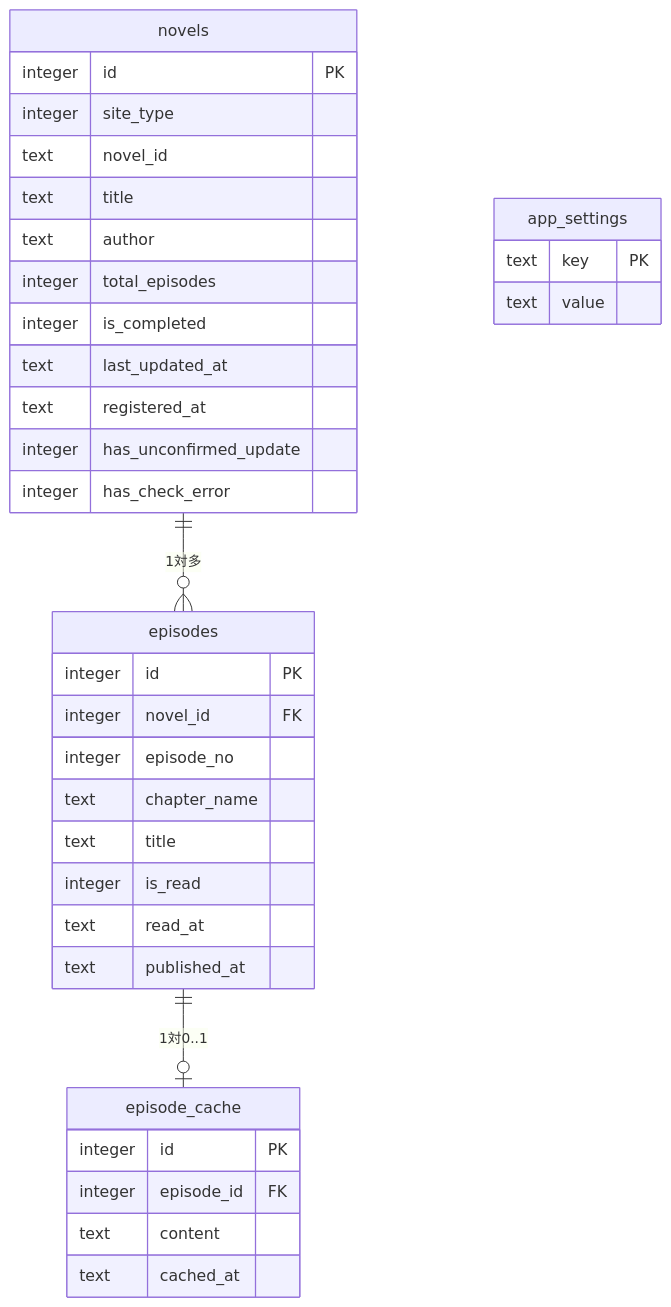
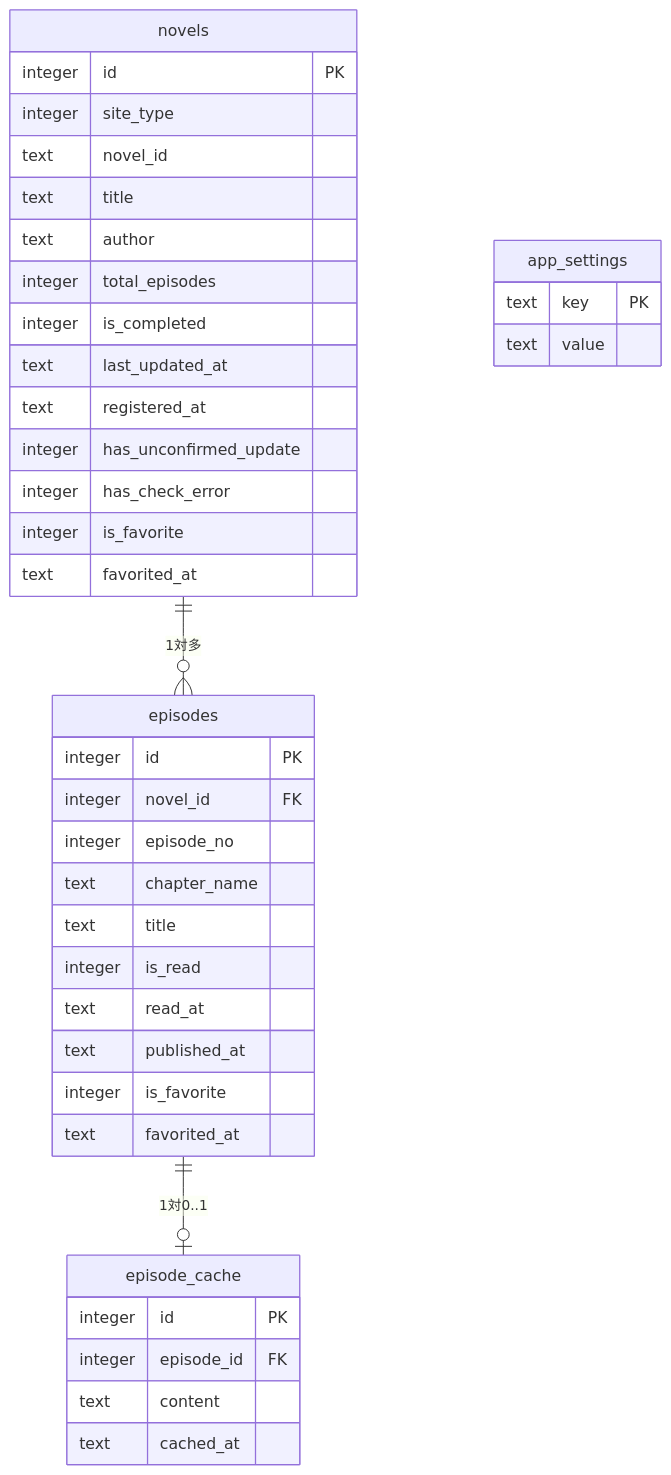
The second of 2 diagrams in _Apps/Features/requirements_lanovereader.md (twinbird827/TBird.Library), drawn with Mermaid before and after one commit. The commit also changed other lines of this file, not shown here.

First line of the commit message:
docs(l-4): update F-007 settings keys and §5 DB schema for PR-1〜PR-7

````diff
--- a/_Apps/Features/requirements_lanovereader.md
+++ b/_Apps/Features/requirements_lanovereader.md
@@ -842,42 +874,46 @@
 ```mermaid
 erDiagram
     novels ||--o{ episodes : "1対多"
     episodes ||--o| episode_cache : "1対0..1"
 
     novels {
         integer id PK
         integer site_type
         text novel_id
         text title
         text author
         integer total_episodes
         integer is_completed
         text last_updated_at
         text registered_at
         integer has_unconfirmed_update
         integer has_check_error
+        integer is_favorite
+        text favorited_at
     }
 
     episodes {
         integer id PK
         integer novel_id FK
         integer episode_no
         text chapter_name
         text title
         integer is_read
         text read_at
         text published_at
+        integer is_favorite
+        text favorited_at
     }
 
     episode_cache {
         integer id PK
         integer episode_id FK
         text content
         text cached_at
     }
 
     app_settings {
         text key PK
         text value
     }
 ```
````
